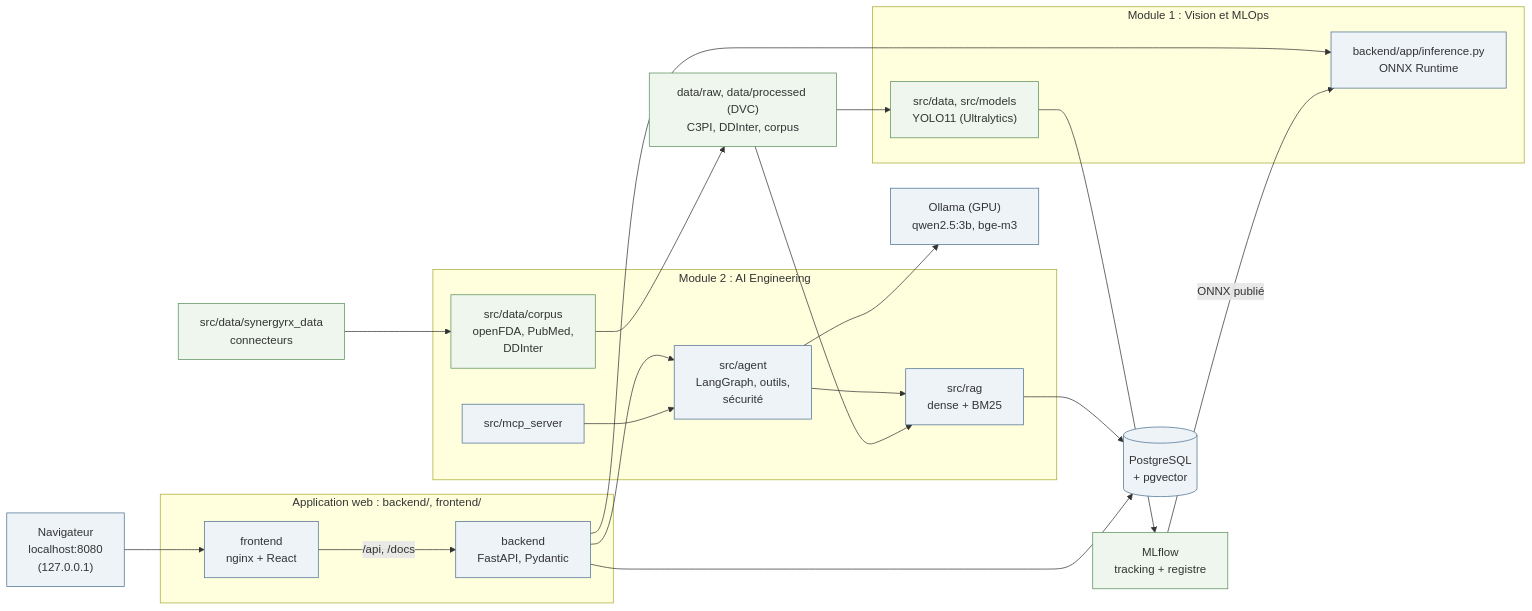
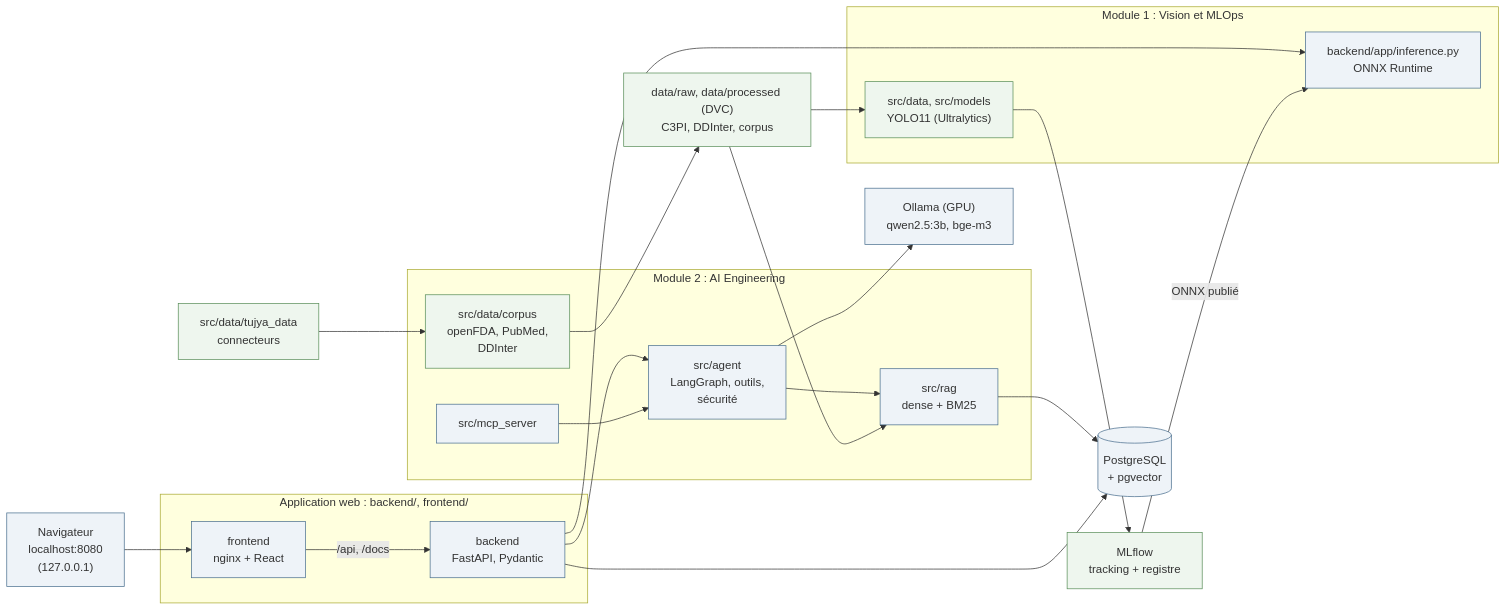
Before and after one commit to melekbouabid/syRX: the diagram in docs/diagrams/architecture.mmd, drawn with Mermaid. The commit also changed 91 other files, not shown here.

```diff
--- a/docs/diagrams/architecture.mmd
+++ b/docs/diagrams/architecture.mmd
@@ -1,32 +1,32 @@
 flowchart LR
   NAV["Navigateur<br/>localhost:8080<br/>(127.0.0.1)"] --> FE
   subgraph APP["Application web : backend/, frontend/"]
     FE["frontend<br/>nginx + React"] -- "/api, /docs" --> BE["backend<br/>FastAPI, Pydantic"]
   end
   subgraph M1["Module 1 : Vision et MLOps"]
     SCAN["backend/app/inference.py<br/>ONNX Runtime"]
     TR["src/data, src/models<br/>YOLO11 (Ultralytics)"]
   end
   subgraph M2["Module 2 : AI Engineering"]
     AG["src/agent<br/>LangGraph, outils,<br/>sécurité"]
     MCP["src/mcp_server"]
     RAG["src/rag<br/>dense + BM25"]
     CORP["src/data/corpus<br/>openFDA, PubMed,<br/>DDInter"]
   end
   BE --> SCAN
   BE --> AG
   MCP --> AG
   AG --> RAG
   AG --> OL["Ollama (GPU)<br/>qwen2.5:3b, bge-m3"]
   RAG --> PG[("PostgreSQL<br/>+ pgvector")]
   BE --> PG
   TR --> MLF["MLflow<br/>tracking + registre"]
   MLF -- "ONNX publié" --> SCAN
   DATA["data/raw, data/processed (DVC)<br/>C3PI, DDInter, corpus"] --> TR
   CORP --> DATA
   DATA --> RAG
-  PIPE["src/data/synergyrx_data<br/>connecteurs"] --> CORP
+  PIPE["src/data/tujya_data<br/>connecteurs"] --> CORP
   classDef ops fill:#eef6ee,stroke:#5a8f5a
   classDef app fill:#eef3f8,stroke:#4a6f8f
   class DATA,TR,MLF,PIPE,CORP ops
   class NAV,FE,BE,SCAN,AG,OL,PG,MCP,RAG app
```
